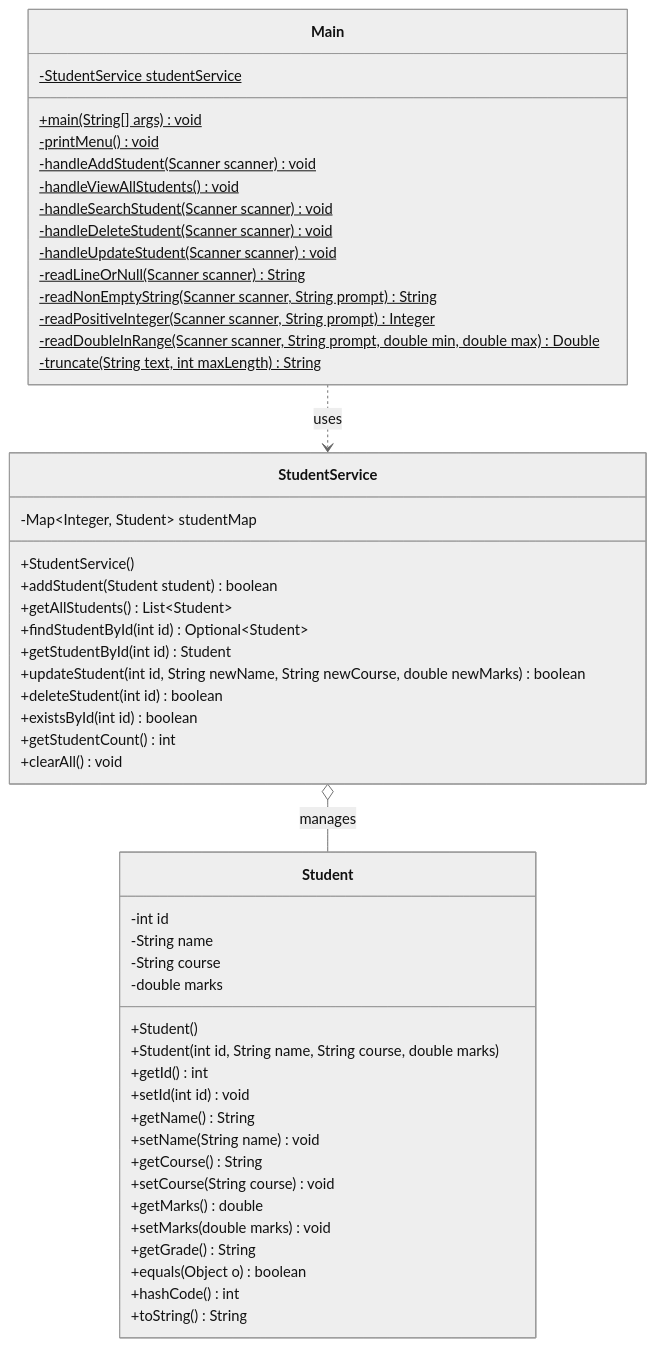
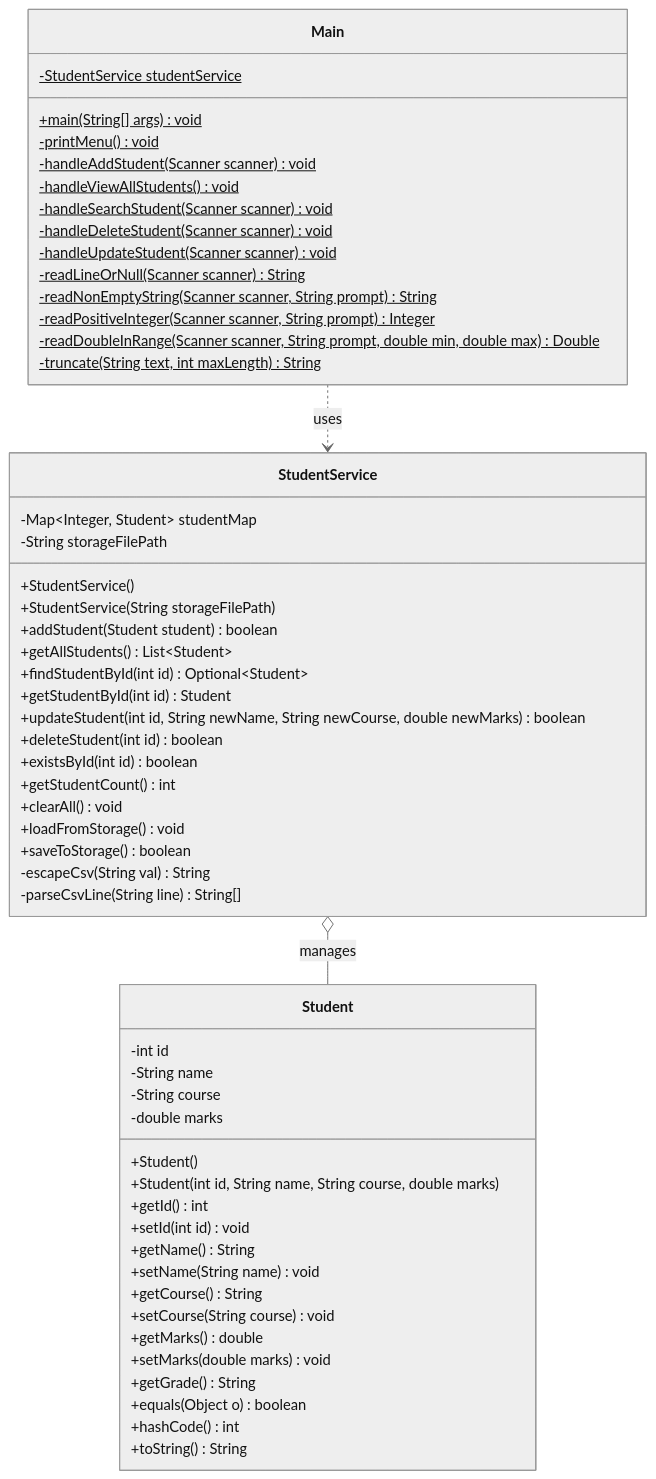
The first of 2 diagrams in PROJECT_REPORT.md (ravirai0207-ctrl/student-management-system), drawn with Mermaid (neutral theme) before and after one commit. The commit also changed other lines of this file and 4 other files, not shown here.

````diff
--- a/PROJECT_REPORT.md
+++ b/PROJECT_REPORT.md
@@ -155,56 +159,62 @@
 ```mermaid
 classDiagram
     class Student {
         -int id
         -String name
         -String course
         -double marks
         +Student()
         +Student(int id, String name, String course, double marks)
         +getId() int
         +setId(int id) void
         +getName() String
         +setName(String name) void
         +getCourse() String
         +setCourse(String course) void
         +getMarks() double
         +setMarks(double marks) void
         +getGrade() String
         +equals(Object o) boolean
         +hashCode() int
         +toString() String
     }
 
     class StudentService {
         -Map~Integer, Student~ studentMap
+        -String storageFilePath
         +StudentService()
+        +StudentService(String storageFilePath)
         +addStudent(Student student) boolean
         +getAllStudents() List~Student~
         +findStudentById(int id) Optional~Student~
         +getStudentById(int id) Student
         +updateStudent(int id, String newName, String newCourse, double newMarks) boolean
         +deleteStudent(int id) boolean
         +existsById(int id) boolean
         +getStudentCount() int
         +clearAll() void
+        +loadFromStorage() void
+        +saveToStorage() boolean
+        -escapeCsv(String val) String
+        -parseCsvLine(String line) String[]
     }
 
     class Main {
         -StudentService studentService$
         +main(String[] args)$ void
         -printMenu()$ void
         -handleAddStudent(Scanner scanner)$ void
         -handleViewAllStudents()$ void
         -handleSearchStudent(Scanner scanner)$ void
         -handleDeleteStudent(Scanner scanner)$ void
         -handleUpdateStudent(Scanner scanner)$ void
         -readLineOrNull(Scanner scanner)$ String
         -readNonEmptyString(Scanner scanner, String prompt)$ String
         -readPositiveInteger(Scanner scanner, String prompt)$ Integer
         -readDoubleInRange(Scanner scanner, String prompt, double min, double max)$ Double
         -truncate(String text, int maxLength)$ String
     }
 
     Main ..> StudentService : uses
     StudentService o-- Student : manages
 ```
````
